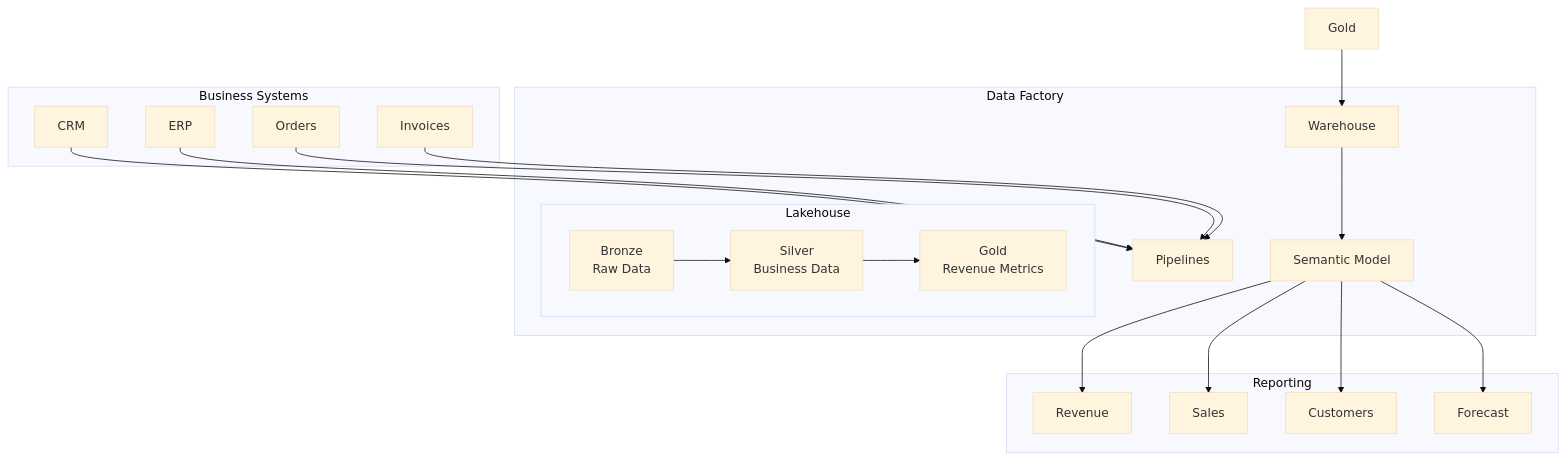
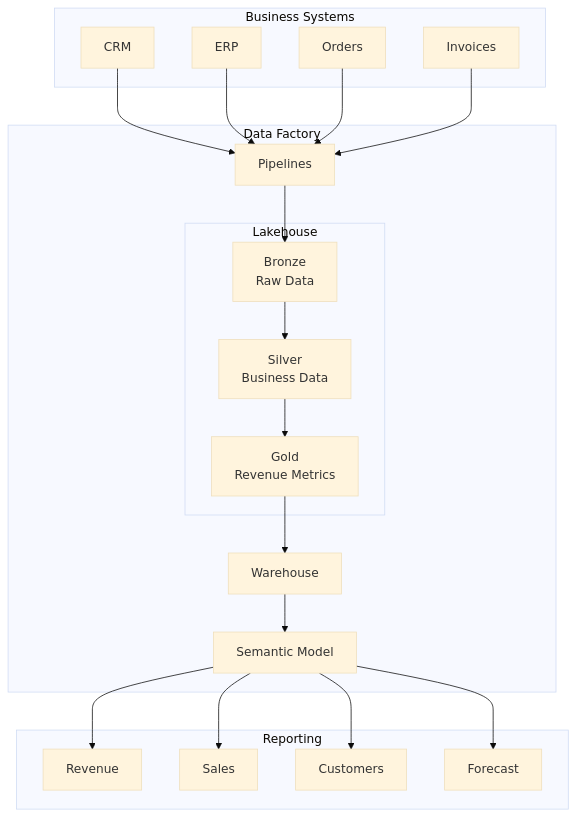
The diagram in README.md (Solveright/Revenue-Visibility), drawn with Mermaid (base theme) before and after one commit.

````diff
--- a/README.md
+++ b/README.md
@@ -16,40 +16,46 @@
 ```mermaid
 flowchart TB
 
     subgraph Sources["Business Systems"]
         CRM["CRM"]
         ERP["ERP"]
         Orders["Orders"]
         Invoices["Invoices"]
     end
-    subgraph Data Factory["Data Factory"]
+
+    subgraph DF_Env["Data Factory"]
         DF["Pipelines"]
-        subgraph Lakehouse
-        A[Bronze<br>Raw Data] --> B[Silver<br>Business Data]
-        B --> C[Gold<br>Revenue Metrics]
-    end
+        
+        subgraph Lakehouse["Lakehouse"]
+            A["Bronze<br>Raw Data"] --> B["Silver<br>Business Data"]
+            B --> C["Gold<br>Revenue Metrics"]
+        end
 
         WH["Warehouse"]
         SM["Semantic Model"]
     end
 
     subgraph Reporting["Reporting"]
         Revenue["Revenue"]
         Sales["Sales"]
         Customer["Customers"]
         Forecast["Forecast"]
     end
 
+    %% Data Ingestion
     CRM --> DF
     ERP --> DF
     Orders --> DF
     Invoices --> DF
 
-    Gold --> WH
+    %% Inside Data Factory Flow
+    DF --> A
+    C --> WH
     WH --> SM
 
+    %% Reporting Layer Consumption
     SM --> Revenue
     SM --> Sales
     SM --> Customer
     SM --> Forecast
 ```
````
